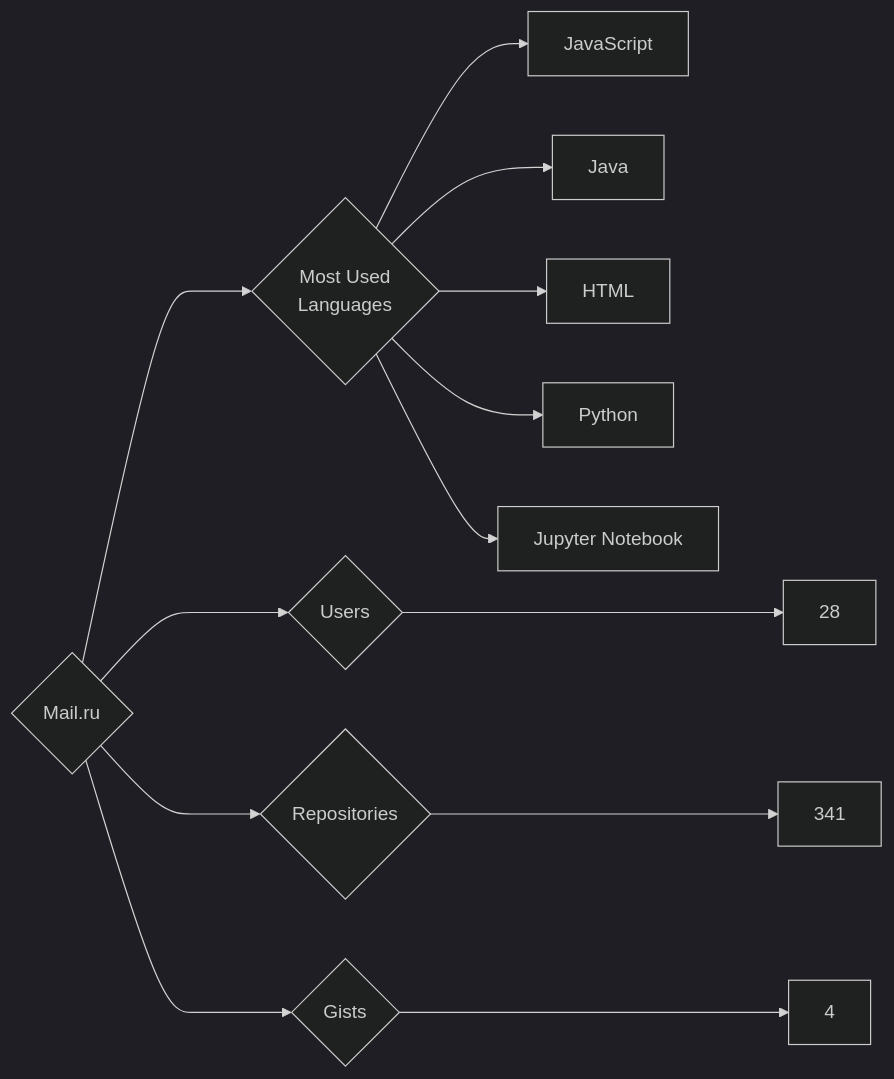
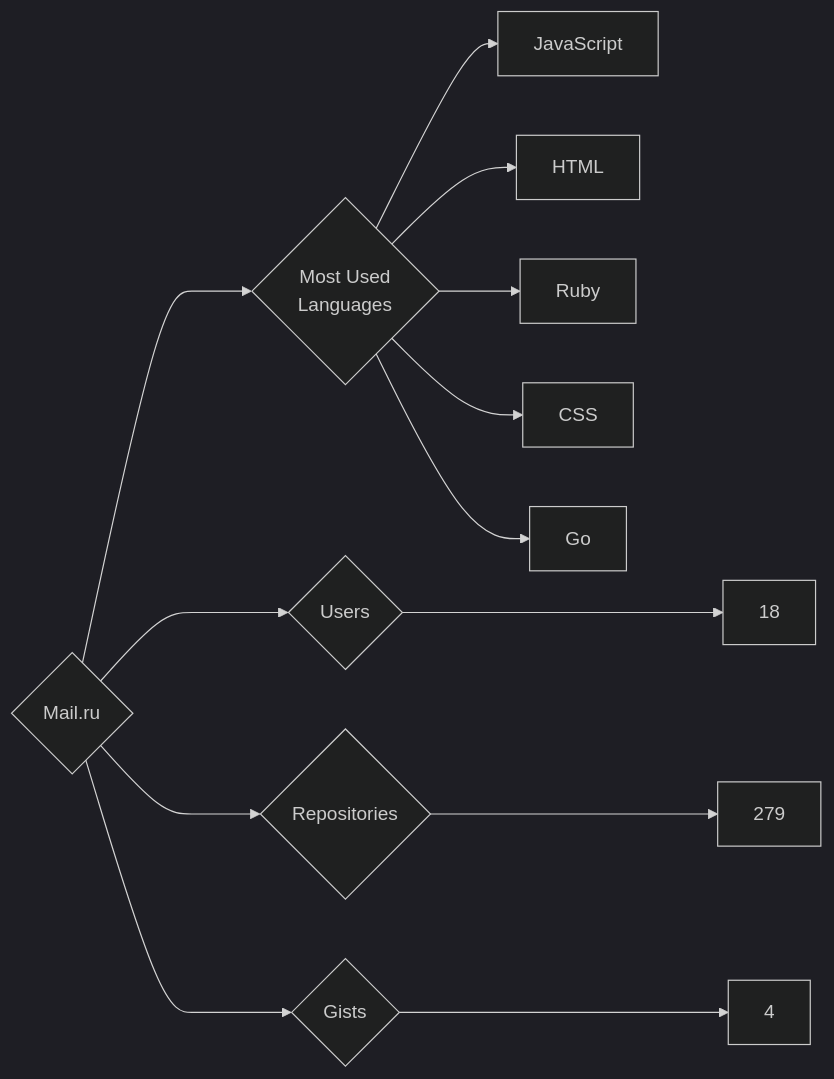
One commit to trickest/insiders changed the diagram in targets/Mail.ru/README.md. Above: the diagram before and after it, drawn with Mermaid (dark theme). The commit also changed 748 other files, not shown here.

````diff
--- a/targets/Mail.ru/README.md
+++ b/targets/Mail.ru/README.md
@@ -3,13 +3,13 @@
 ```mermaid
 graph LR
 COMPANY_NAME{Mail.ru}
-COMPANY_NAME ---> U{Users} ---> UN[28]
-COMPANY_NAME ---> R{Repositories} ---> RN[341]
+COMPANY_NAME ---> U{Users} ---> UN[18]
+COMPANY_NAME ---> R{Repositories} ---> RN[279]
 COMPANY_NAME ---> G{Gists} ---> GN[4]
 COMPANY_NAME ---> ML{Most Used<br>Languages}
 ML --> JavaScript[JavaScript]
-ML --> Java[Java]
 ML --> HTML[HTML]
-ML --> Python[Python]
-ML --> Jupyter_Notebook[Jupyter Notebook]
+ML --> Ruby[Ruby]
+ML --> CSS[CSS]
+ML --> Go[Go]
 ```
````
